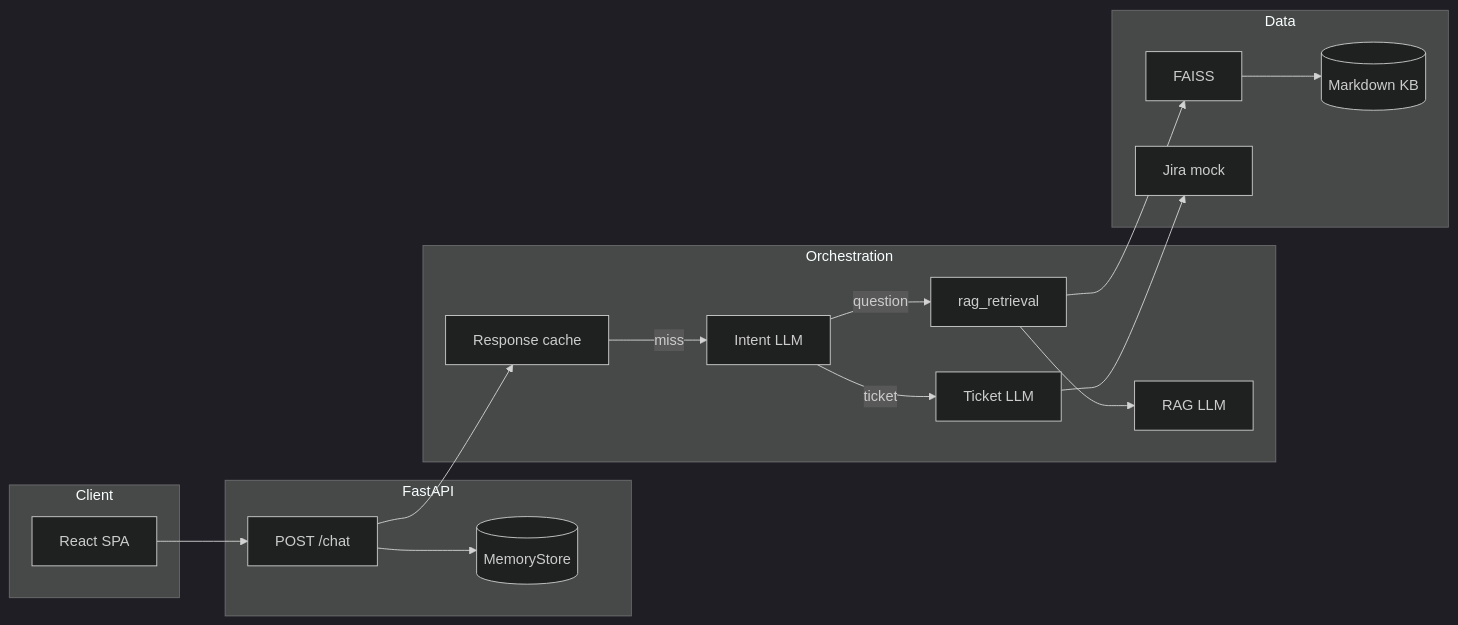
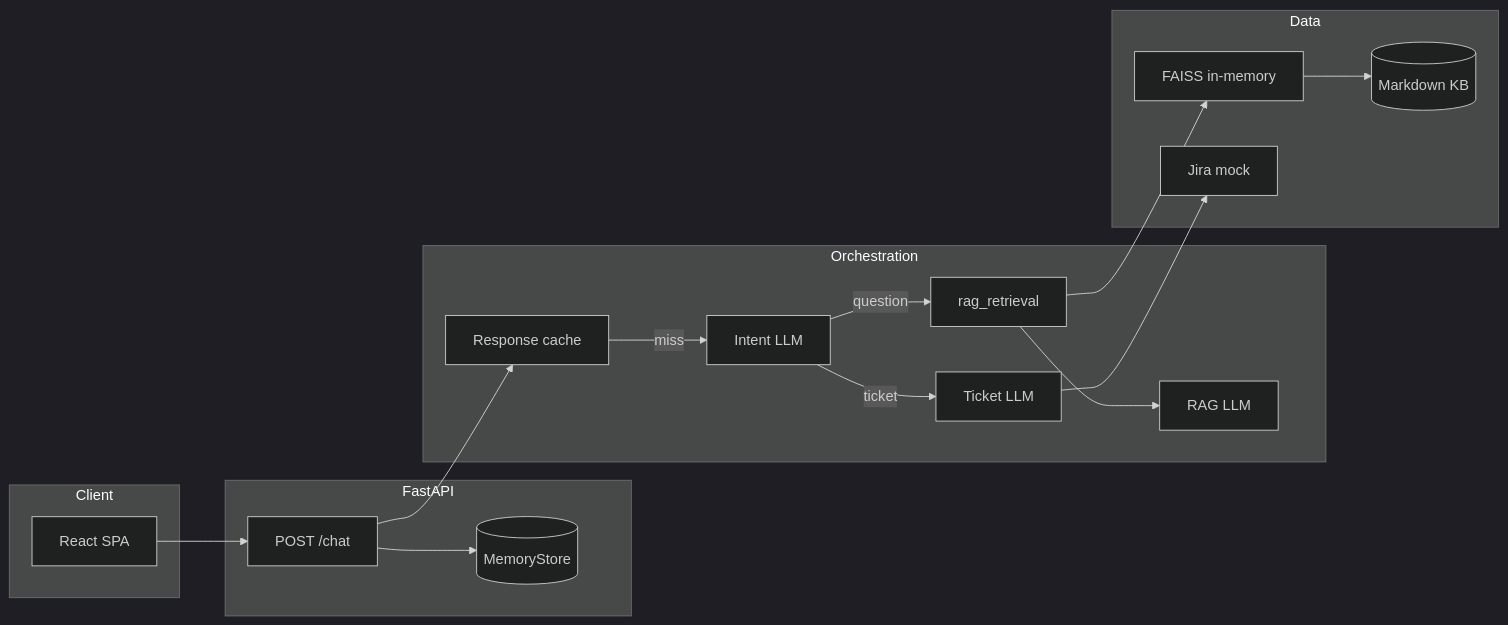
Before and after one commit to Syedafzal059/customer-support-agent: the first of 2 diagrams in README.md, drawn with Mermaid (dark theme). The commit also changed other lines of this file, not shown here.

First line of the commit message:
docs: document Drive KB pipeline architecture in README

````diff
--- a/README.md
+++ b/README.md
@@ -31,32 +34,32 @@
 ```mermaid
 flowchart LR
   subgraph client [Client]
     UI[React SPA]
   end
   subgraph api [FastAPI]
     CHAT[POST /chat]
     MEM[(MemoryStore)]
   end
   subgraph brain [Orchestration]
     CACHE[Response cache]
     INT[Intent LLM]
     RET[rag_retrieval]
     RAG[RAG LLM]
     TIX[Ticket LLM]
   end
   subgraph data [Data]
     KB[(Markdown KB)]
-    FAISS[FAISS]
+    FAISS[FAISS in-memory]
     MOCK[Jira mock]
   end
   UI --> CHAT
   CHAT --> MEM
   CHAT --> CACHE
   CACHE -->|miss| INT
   INT -->|question| RET
   RET --> FAISS
   FAISS --> KB
   RET --> RAG
   INT -->|ticket| TIX
   TIX --> MOCK
 ```
````
